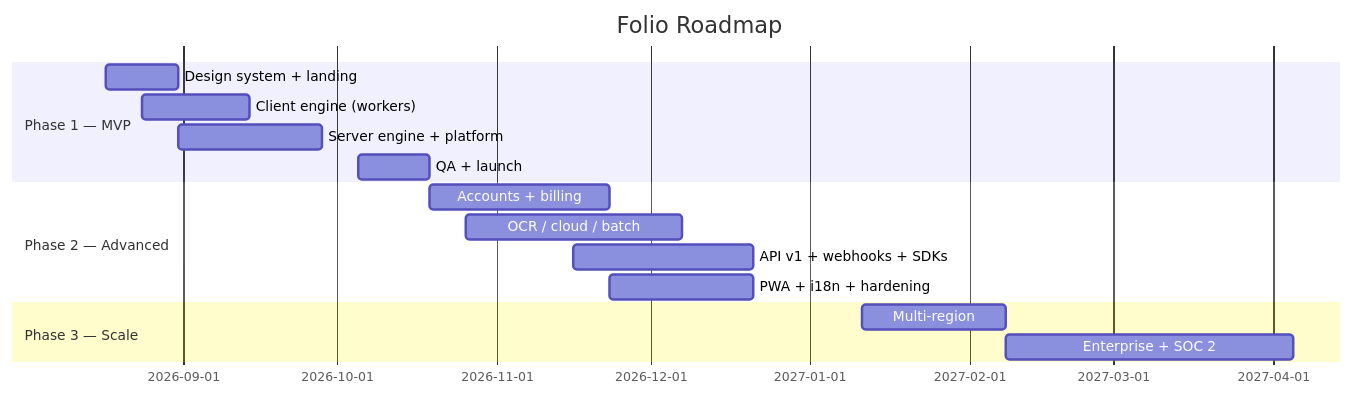
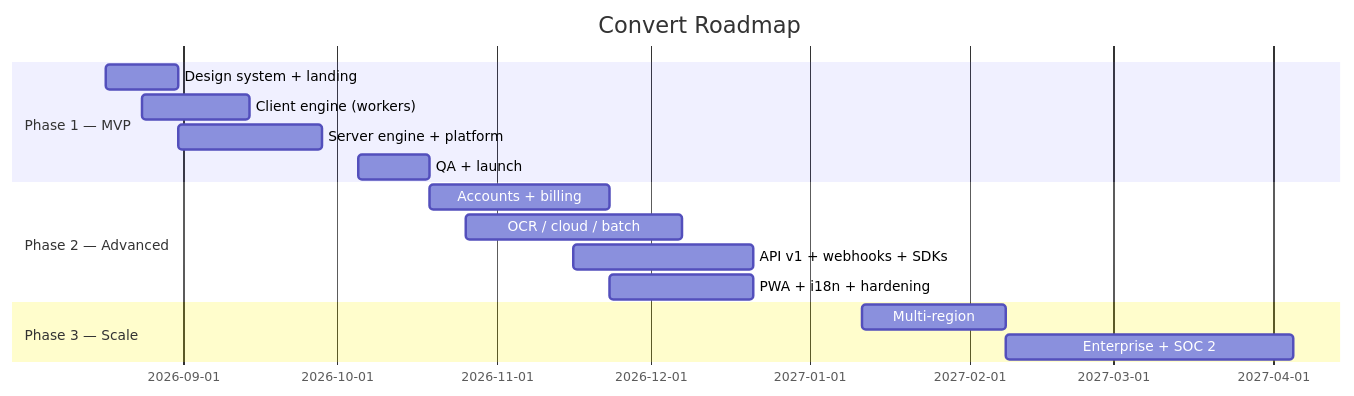
Before and after one commit to jobelGolde12/covert: the diagram in plan/implementation-roadmap.md, drawn with Mermaid. The commit also changed other lines of this file and 45 other files, not shown here.

````diff
--- a/plan/implementation-roadmap.md
+++ b/plan/implementation-roadmap.md
@@ -100,18 +100,18 @@
 ```mermaid
 gantt
-    title Folio Roadmap
+    title Convert Roadmap
     dateFormat  YYYY-MM-DD
     section Phase 1 — MVP
     Design system + landing     :p1a, 2026-08-17, 14d
     Client engine (workers)     :p1b, 2026-08-24, 21d
     Server engine + platform    :p1c, 2026-08-31, 28d
     QA + launch                 :p1d, 2026-10-05, 14d
     section Phase 2 — Advanced
     Accounts + billing          :p2a, 2026-10-19, 35d
     OCR / cloud / batch         :p2b, 2026-10-26, 42d
     API v1 + webhooks + SDKs    :p2c, 2026-11-16, 35d
     PWA + i18n + hardening      :p2d, 2026-11-23, 28d
     section Phase 3 — Scale
     Multi-region                :p3a, 2027-01-11, 28d
     Enterprise + SOC 2          :p3b, 2027-02-08, 56d
 ```
````
